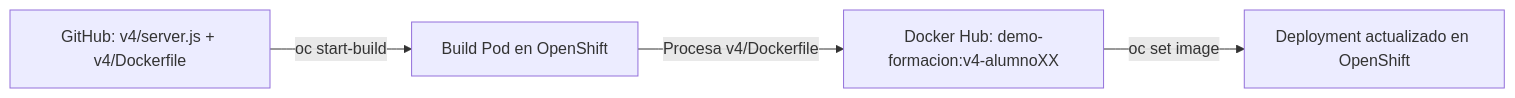
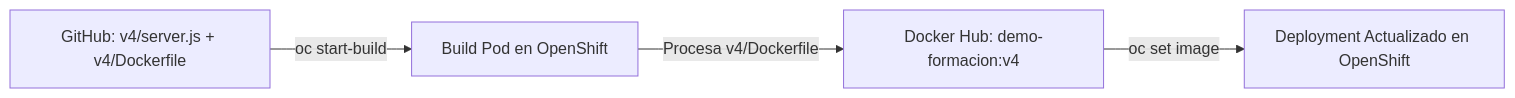
Before and after one commit to ieftraining/curso-openshift: the sixth of 6 diagrams in docs/sesion4/4.5 Construir en la plataforma.md, drawn with Mermaid. The commit also changed other lines of this file, not shown here.

````diff
--- a/docs/sesion4/4.5 Construir en la plataforma.md
+++ b/docs/sesion4/4.5 Construir en la plataforma.md
@@ -166,6 +188,6 @@
 ```mermaid
 flowchart LR
     A[GitHub: v4/server.js + v4/Dockerfile] -->|oc start-build| B[Build Pod en OpenShift]
-    B -->|Procesa v4/Dockerfile| C[Docker Hub: demo-formacion:v4-alumnoXX]
-    C -->|oc set image| D[Deployment actualizado en OpenShift]
+    B -->|Procesa v4/Dockerfile| C[Docker Hub: demo-formacion:v4]
+    C -->|oc set image| D[Deployment Actualizado en OpenShift]
 ```
````
